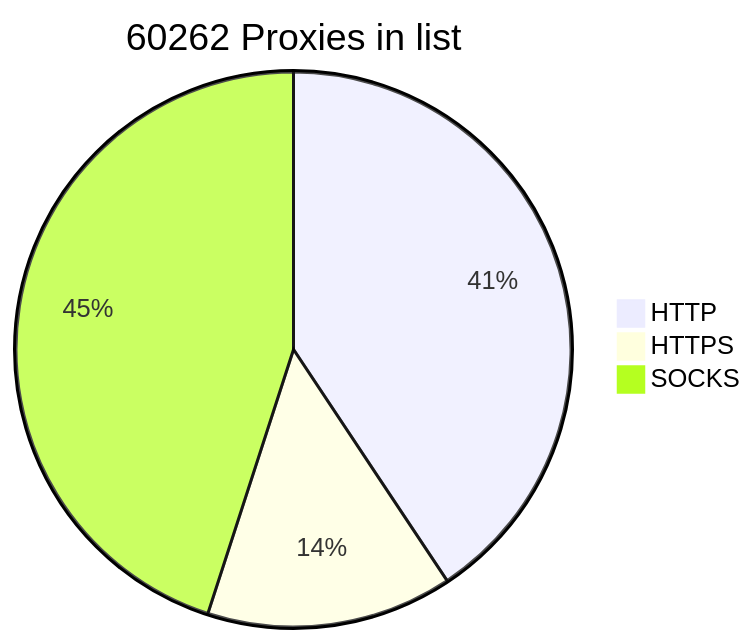
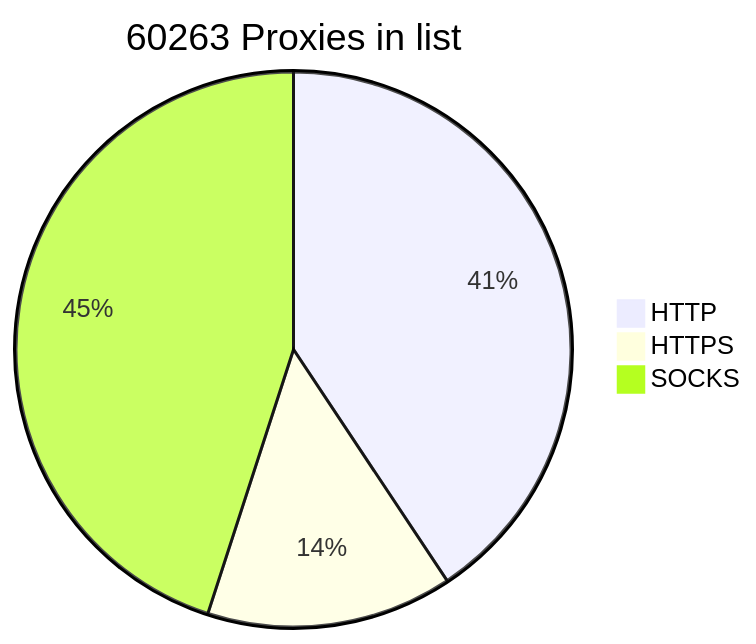
One commit to BlackSnowDot/proxylist-update-every-minute changed the diagram in README.md. Above: the diagram before and after it, drawn with Mermaid.

````diff
--- a/README.md
+++ b/README.md
@@ -2,6 +2,6 @@
 ```mermaid
-pie title 60262 Proxies in list
+pie title 60263 Proxies in list
     "HTTP" : 27713
-    "HTTPS": 9762
+    "HTTPS": 9763
     "SOCKS" : 30670
 ```
````
